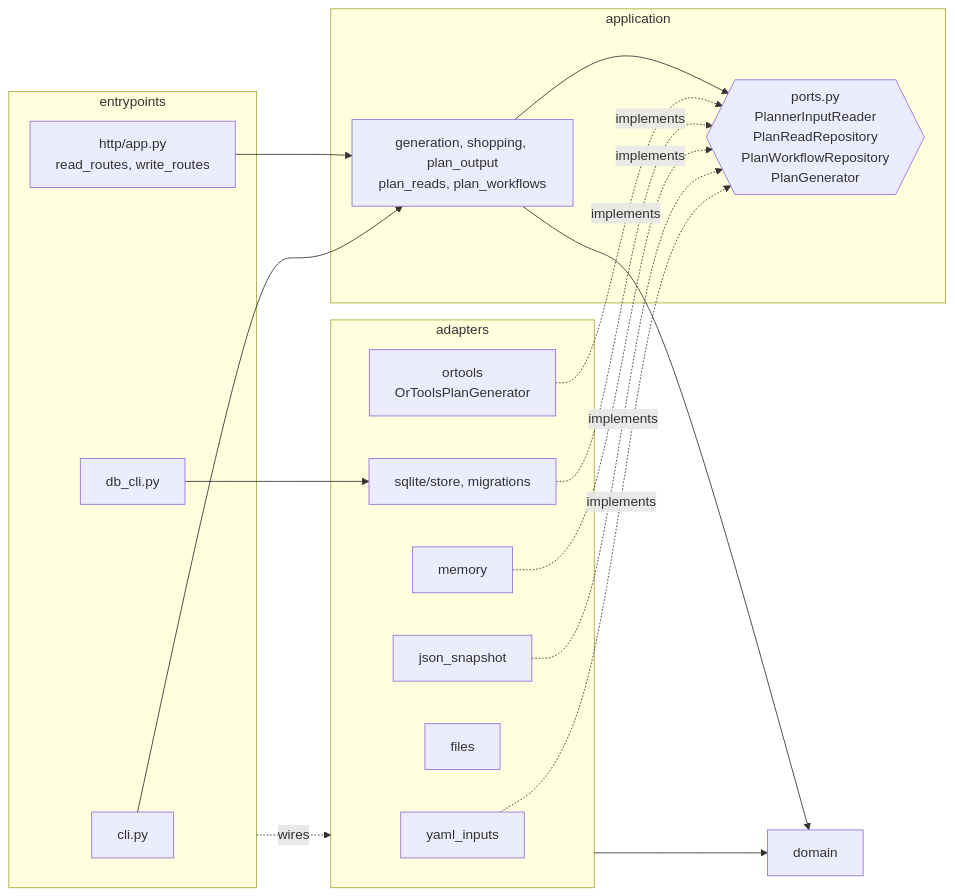
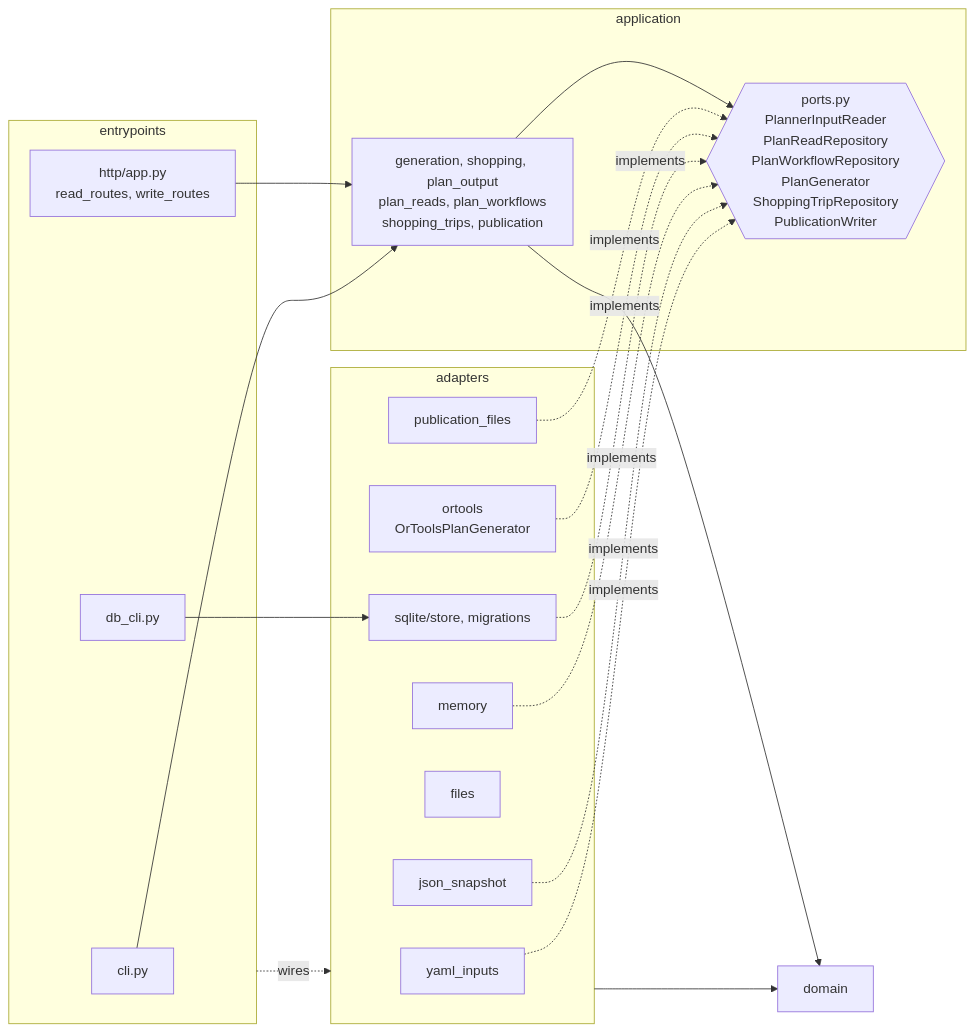
The diagram in docs/ARCHITECTURE.md (anyk17/meal-prep), drawn with Mermaid before and after one commit. The commit also changed other lines of this file and 1 other file, not shown here.

Commit message:
Plan Phase 4: shopping trips, minimal exporter, month navigation

````diff
--- a/docs/ARCHITECTURE.md
+++ b/docs/ARCHITECTURE.md
@@ -14,33 +14,35 @@
 ```mermaid
 flowchart LR
   subgraph entrypoints
     CLI[cli.py]
     DBCLI[db_cli.py]
     HTTP[http/app.py<br/>read_routes, write_routes]
   end
   subgraph adapters
     YAML[yaml_inputs]
     JSON[json_snapshot]
     MEM[memory]
     SQL[sqlite/store, migrations]
     FILES[files]
+    PUB[publication_files]
     ORT[ortools<br/>OrToolsPlanGenerator]
   end
   subgraph application
-    PORTS{{ports.py<br/>PlannerInputReader<br/>PlanReadRepository<br/>PlanWorkflowRepository<br/>PlanGenerator}}
-    SVC[generation, shopping, plan_output<br/>plan_reads, plan_workflows]
+    PORTS{{ports.py<br/>PlannerInputReader<br/>PlanReadRepository<br/>PlanWorkflowRepository<br/>PlanGenerator<br/>ShoppingTripRepository<br/>PublicationWriter}}
+    SVC[generation, shopping, plan_output<br/>plan_reads, plan_workflows<br/>shopping_trips, publication]
   end
   DOMAIN[domain]
   CLI --> SVC
   DBCLI --> SQL
   HTTP --> SVC
   entrypoints -.wires.-> adapters
   YAML -. implements .-> PORTS
   JSON -. implements .-> PORTS
   MEM -. implements .-> PORTS
   SQL -. implements .-> PORTS
   ORT -. implements .-> PORTS
+  PUB -. implements .-> PORTS
   SVC --> PORTS
   SVC --> DOMAIN
   adapters --> DOMAIN
 ```
````
